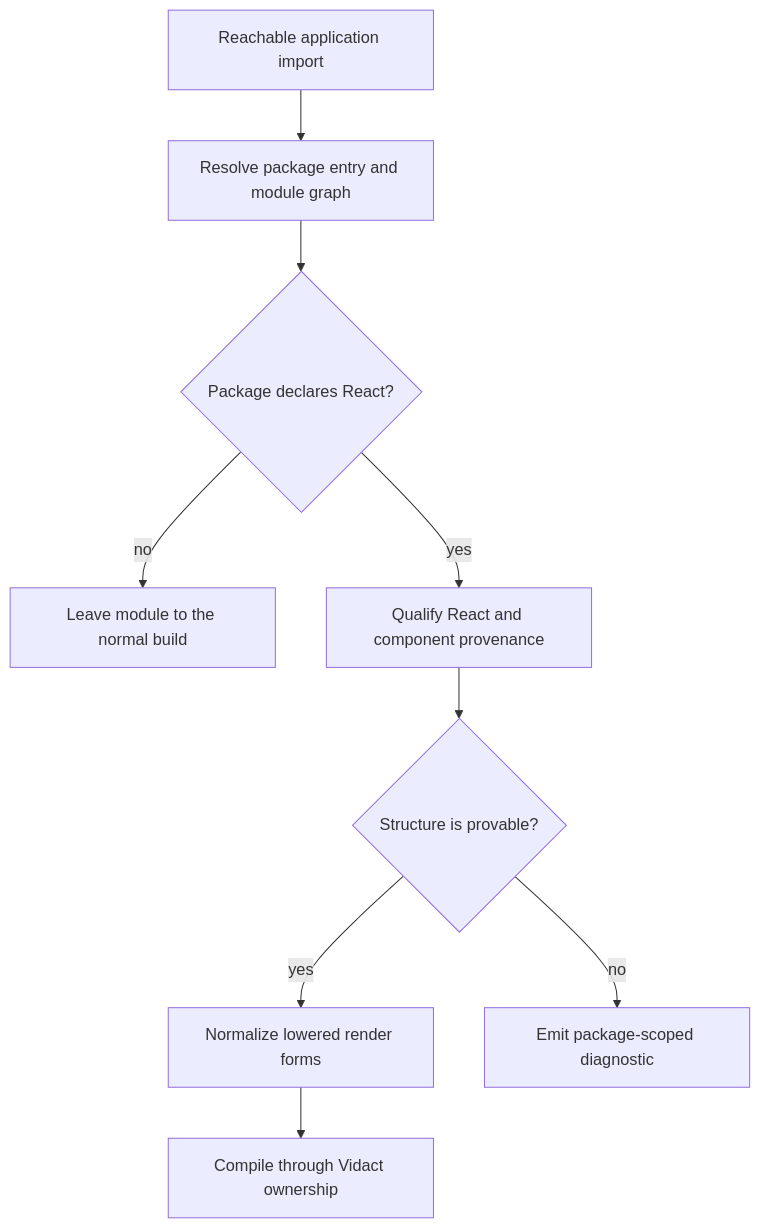
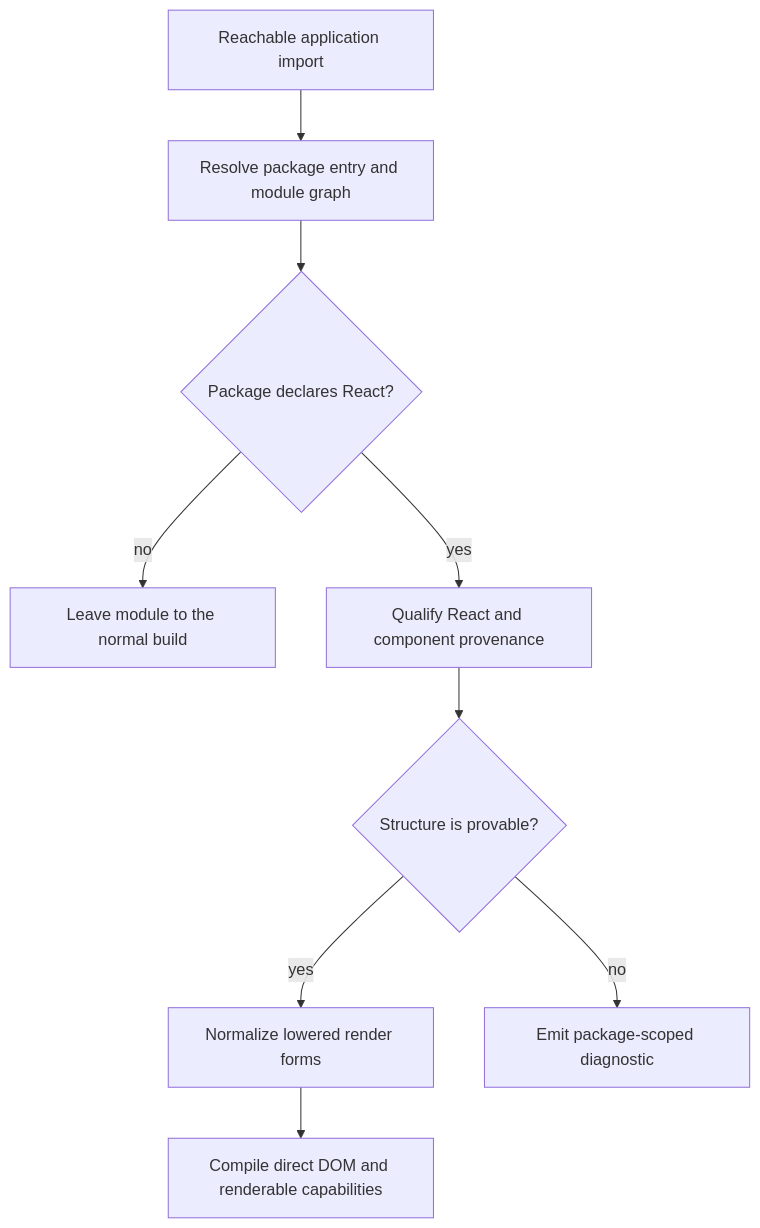
One commit to mohebifar/vidact changed the first of 5 diagrams in docs/plans/2026-08-24-0056-feat-lowered-react-dependency-compilation-plan.md. Above: the diagram before and after it, drawn with Mermaid. The commit also changed other lines of this file and 165 other files, not shown here.

````diff
--- a/docs/plans/2026-08-24-0056-feat-lowered-react-dependency-compilation-plan.md
+++ b/docs/plans/2026-08-24-0056-feat-lowered-react-dependency-compilation-plan.md
@@ -74,11 +76,11 @@
 ```mermaid
 flowchart TB
   A["Reachable application import"] --> B["Resolve package entry and module graph"]
   B --> C{"Package declares React?"}
   C -->|no| D["Leave module to the normal build"]
   C -->|yes| E["Qualify React and component provenance"]
   E --> F{"Structure is provable?"}
   F -->|yes| G["Normalize lowered render forms"]
-  G --> H["Compile through Vidact ownership"]
+  G --> H["Compile direct DOM and renderable capabilities"]
   F -->|no| I["Emit package-scoped diagnostic"]
 ```
````
